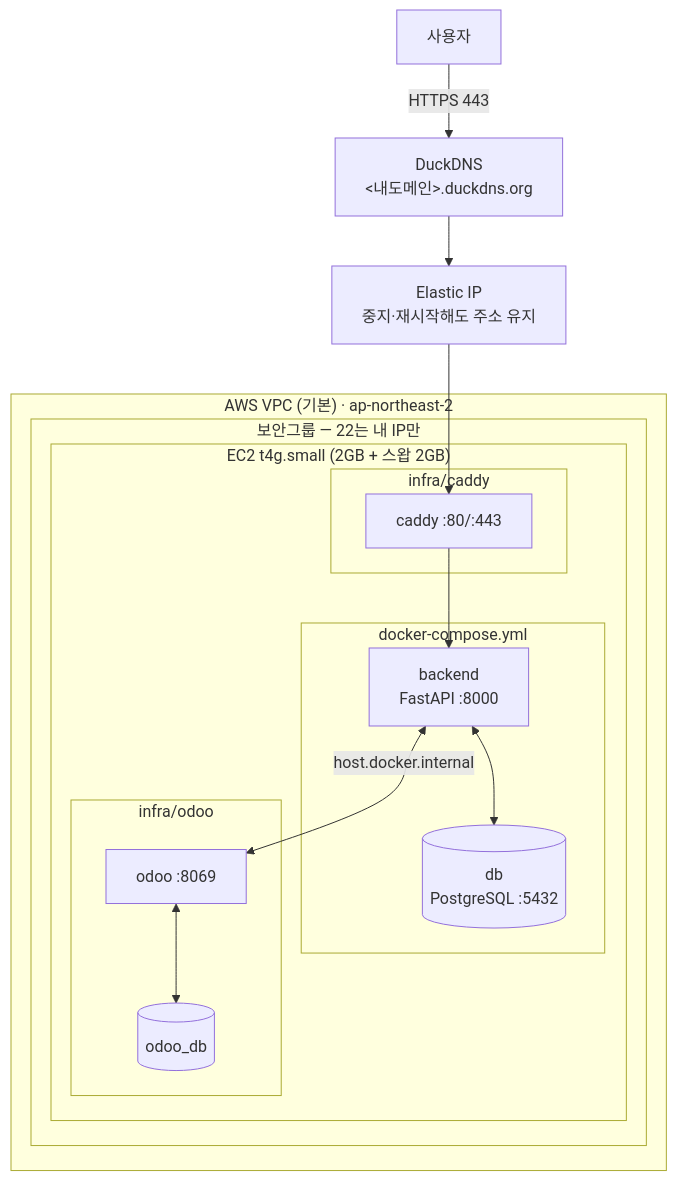
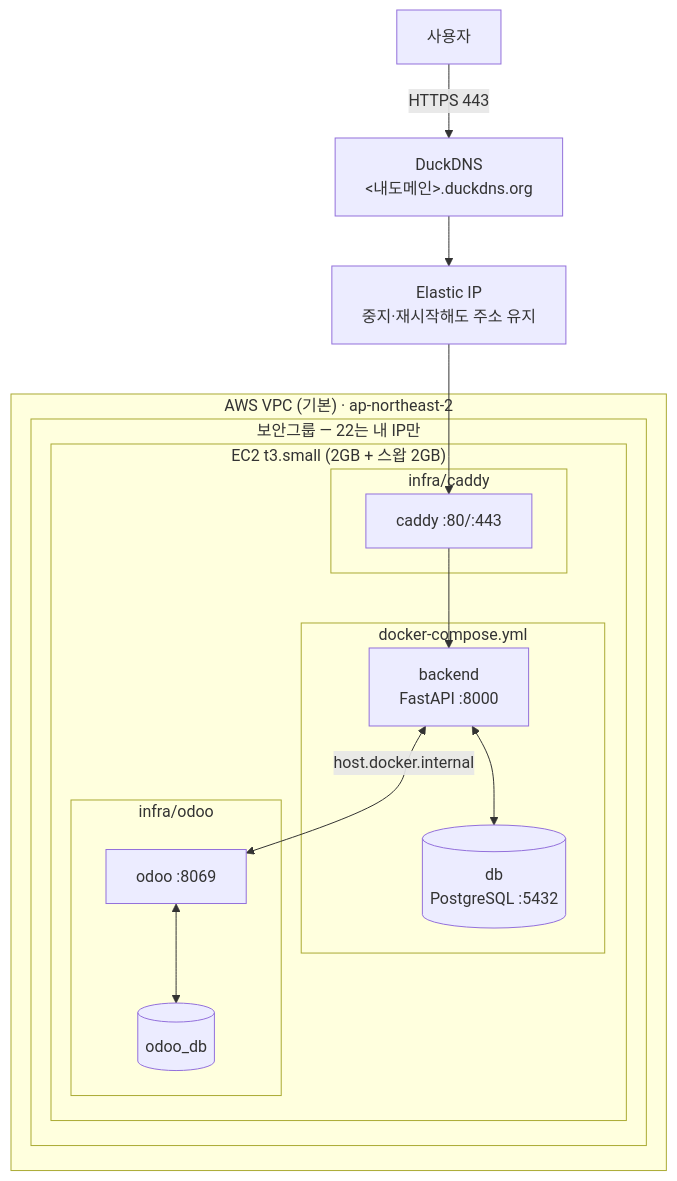
The sixth of 8 diagrams in docs/설계/시스템아키텍처.md (adieud99/Stockcast), drawn with Mermaid before and after one commit. The commit also changed other lines of this file and 4 other files, not shown here.

````diff
--- a/docs/설계/시스템아키텍처.md
+++ b/docs/설계/시스템아키텍처.md
@@ -160,29 +160,29 @@
 ```mermaid
 flowchart TB
     USER["사용자"] -->|HTTPS 443| DNS["DuckDNS<br/><내도메인>.duckdns.org"]
     DNS --> EIP["Elastic IP<br/>중지·재시작해도 주소 유지"]
 
     subgraph VPC["AWS VPC (기본) · ap-northeast-2"]
         subgraph SG["보안그룹 — 22는 내 IP만"]
-            subgraph EC2["EC2 t4g.small (2GB + 스왑 2GB)"]
+            subgraph EC2["EC2 t3.small (2GB + 스왑 2GB)"]
                 subgraph S1["docker-compose.yml"]
                     BE["backend<br/>FastAPI :8000"]
                     DB[("db<br/>PostgreSQL :5432")]
                 end
                 subgraph S2["infra/odoo"]
                     OD["odoo :8069"]
                     ODB[("odoo_db")]
                 end
                 subgraph S3["infra/caddy"]
                     CD["caddy :80/:443"]
                 end
             end
         end
     end
 
     EIP --> CD
     CD --> BE
     BE <--> DB
     BE <-->|host.docker.internal| OD
     OD <--> ODB
 ```
````
